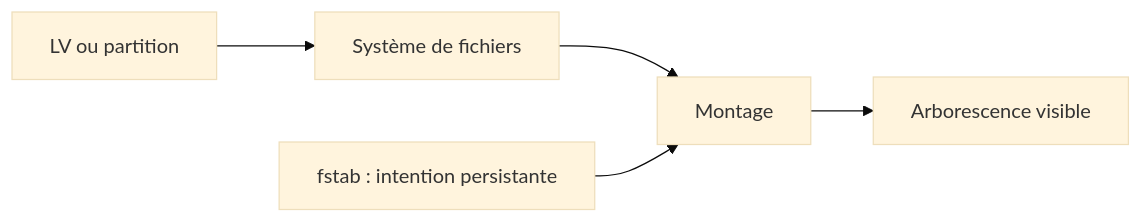
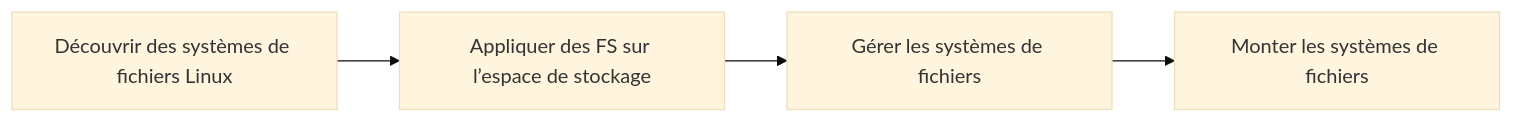
Before and after one commit to sk34pk25/tssr-cours: the second of 5 diagrams in docs/modules/05-administration-debian-gnu-linux/module-09-gestion-des-espaces-de-stockage-file-system.md, drawn with Mermaid (base theme). The commit also changed other lines of this file and 11 other files, not shown here.

````diff
--- a/docs/modules/05-administration-debian-gnu-linux/module-09-gestion-des-espaces-de-stockage-file-system.md
+++ b/docs/modules/05-administration-debian-gnu-linux/module-09-gestion-des-espaces-de-stockage-file-system.md
@@ -141,5 +126,10 @@
 ```mermaid
 flowchart LR
- L["LV ou partition"] --> F["Système de fichiers"] --> M["Montage"] --> A["Arborescence visible"]
- E["fstab : intention persistante"] --> M
+    N1["Découvrir des systèmes de fichiers Linux"]
+    N2["Appliquer des FS sur l’espace de stockage"]
+    N3["Gérer les systèmes de fichiers"]
+    N4["Monter les systèmes de fichiers"]
+    N1 --> N2
+    N2 --> N3
+    N3 --> N4
 ```
````
